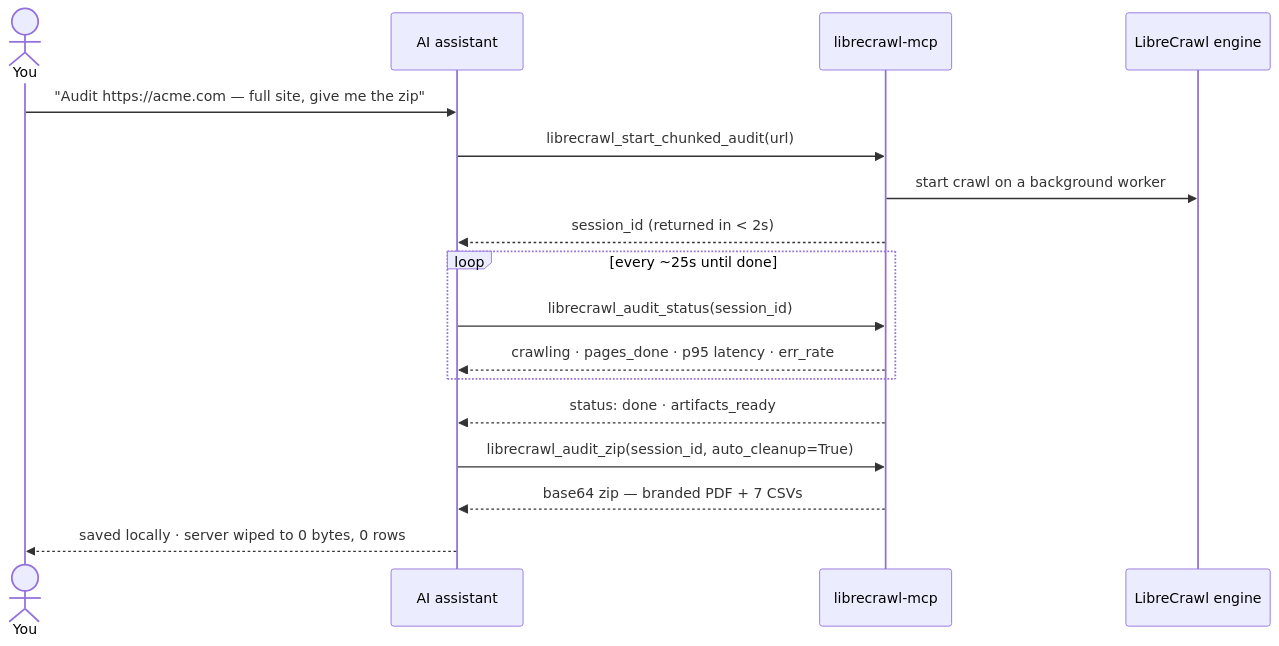
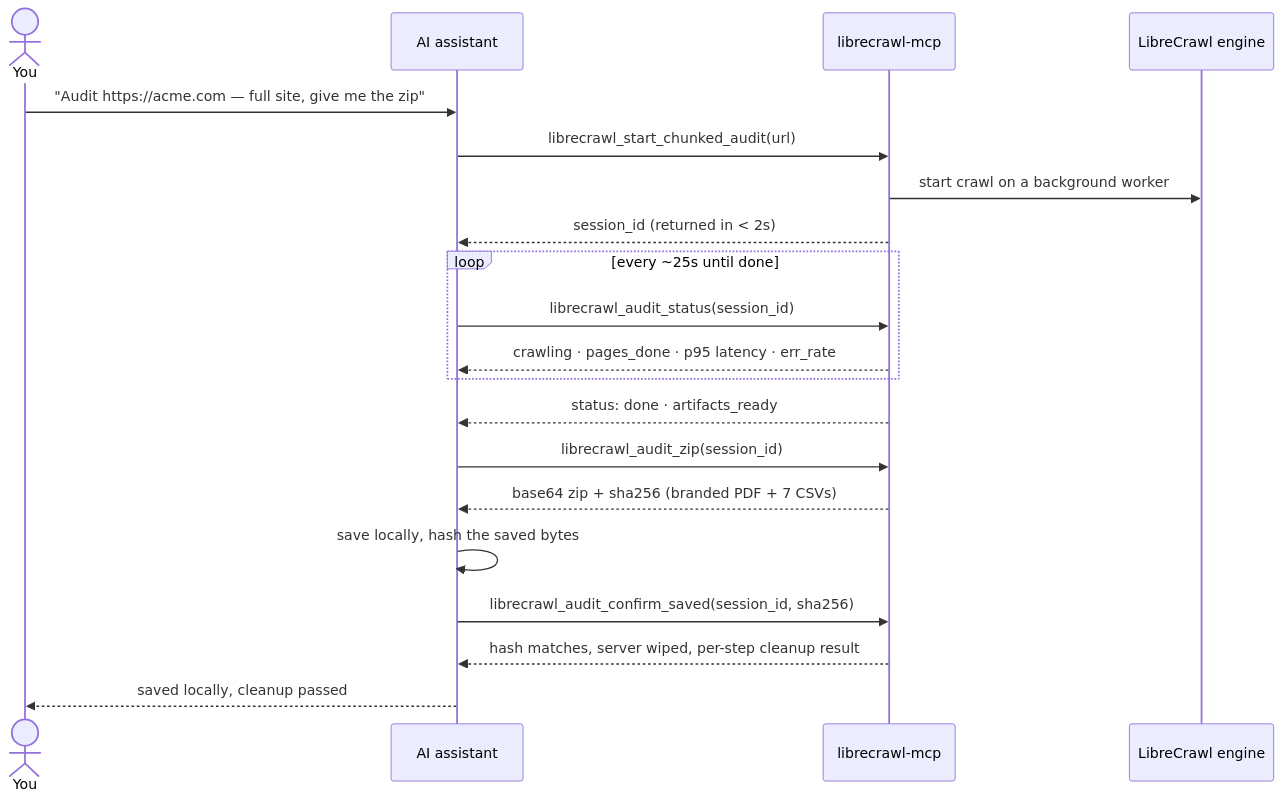
The first of 2 diagrams in README.md (adityaarsharma/librecrawl-technical-seo-audit-mcp), drawn with Mermaid before and after one commit. The commit also changed other lines of this file and 22 other files, not shown here.

First line of the commit message:
v2.3.0: fix audit findings (SSRF guard, real cleanup, report accuracy) (#7)

````diff
--- a/README.md
+++ b/README.md
@@ -384,19 +386,22 @@
 ```mermaid
 sequenceDiagram
     actor You
     participant Agent as AI assistant
     participant MCP as librecrawl-mcp
     participant LC as LibreCrawl engine
     You->>Agent: "Audit https://acme.com — full site, give me the zip"
     Agent->>MCP: librecrawl_start_chunked_audit(url)
     MCP->>LC: start crawl on a background worker
     MCP-->>Agent: session_id (returned in < 2s)
     loop every ~25s until done
         Agent->>MCP: librecrawl_audit_status(session_id)
         MCP-->>Agent: crawling · pages_done · p95 latency · err_rate
     end
     MCP-->>Agent: status: done · artifacts_ready
-    Agent->>MCP: librecrawl_audit_zip(session_id, auto_cleanup=True)
-    MCP-->>Agent: base64 zip — branded PDF + 7 CSVs
-    Agent-->>You: saved locally · server wiped to 0 bytes, 0 rows
+    Agent->>MCP: librecrawl_audit_zip(session_id)
+    MCP-->>Agent: base64 zip + sha256 (branded PDF + 7 CSVs)
+    Agent->>Agent: save locally, hash the saved bytes
+    Agent->>MCP: librecrawl_audit_confirm_saved(session_id, sha256)
+    MCP-->>Agent: hash matches, server wiped, per-step cleanup result
+    Agent-->>You: saved locally, cleanup passed
 ```
````
